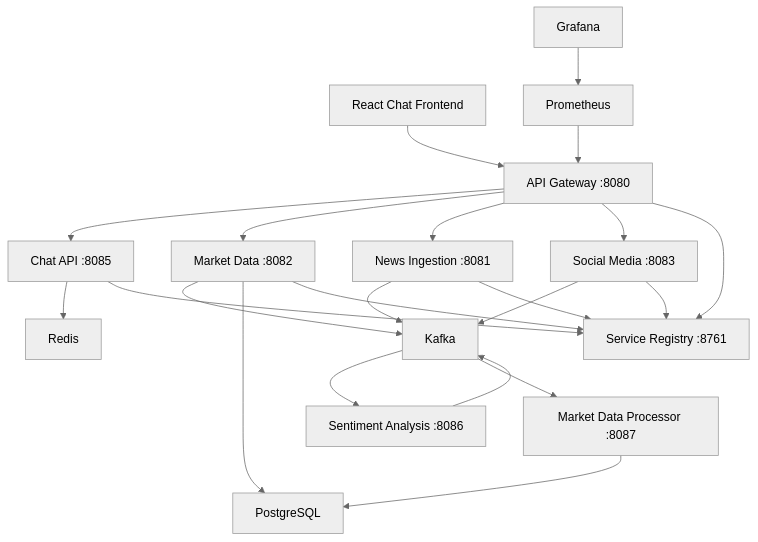
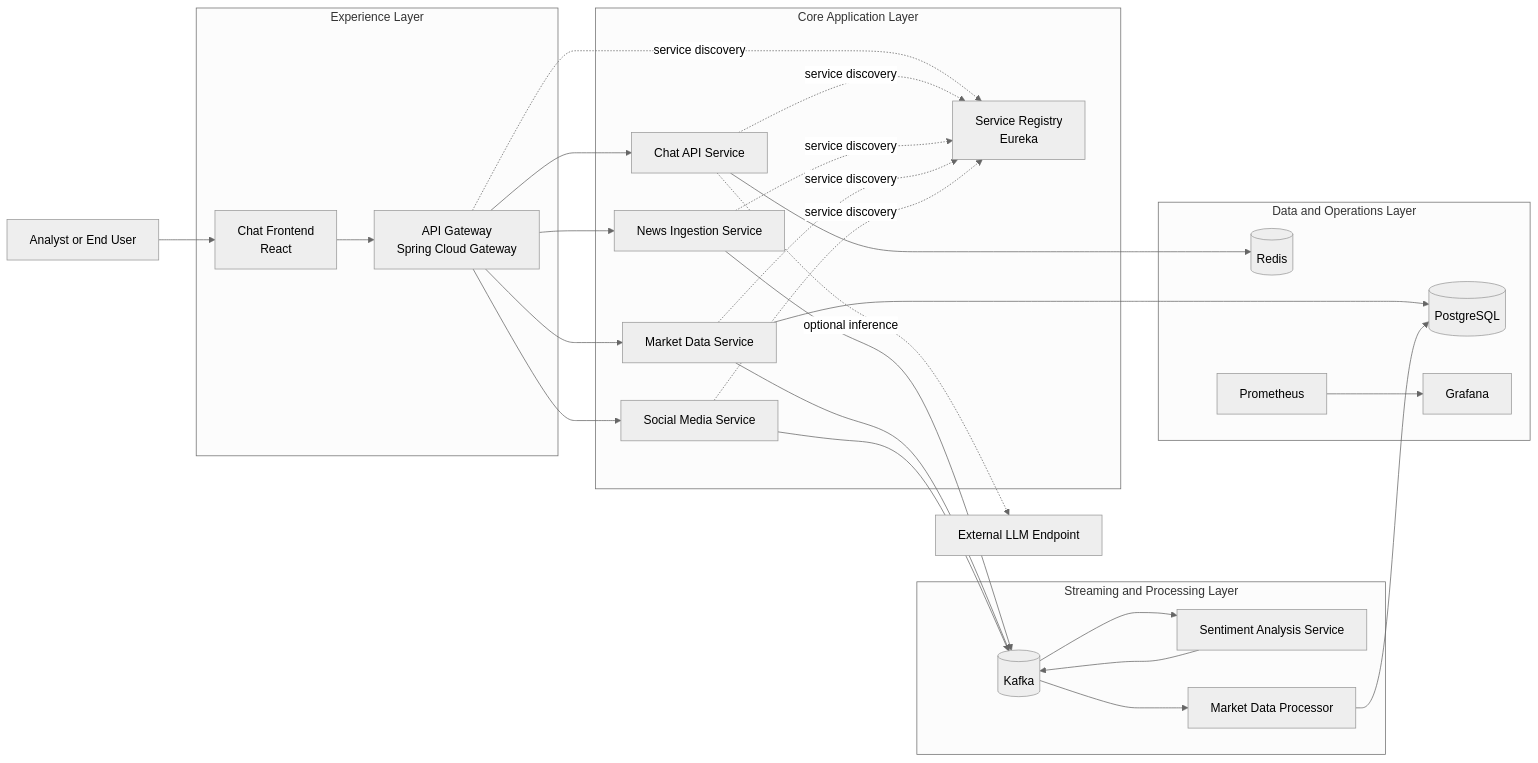
The first of 3 diagrams in docs/01-architecture-overview.md (abhijitpurru2/market-analysis), drawn with Mermaid (neutral theme) before and after one commit. The commit also changed other lines of this file and 1 other file, not shown here.

Commit message:
Add comprehensive architecture diagrams

````diff
--- a/docs/01-architecture-overview.md
+++ b/docs/01-architecture-overview.md
@@ -7,39 +7,53 @@
 ```mermaid
-graph TB
-    FE[React Chat Frontend]
-    GW[API Gateway :8080]
-    NI[News Ingestion :8081]
-    MD[Market Data :8082]
-    SM[Social Media :8083]
-    CA[Chat API :8085]
-    SA[Sentiment Analysis :8086]
-    MDP[Market Data Processor :8087]
-    SR[Service Registry :8761]
-    K[Kafka]
-    PG[PostgreSQL]
-    RD[Redis]
-    PR[Prometheus]
-    GR[Grafana]
+flowchart LR
+    USER[Analyst or End User]
+    LLM[External LLM Endpoint]
 
-    FE --> GW
+    subgraph Experience Layer
+        FE[Chat Frontend<br/>React]
+        GW[API Gateway<br/>Spring Cloud Gateway]
+    end
+
+    subgraph Core Application Layer
+        SR[Service Registry<br/>Eureka]
+        CA[Chat API Service]
+        NI[News Ingestion Service]
+        MD[Market Data Service]
+        SM[Social Media Service]
+    end
+
+    subgraph Streaming and Processing Layer
+        K[(Kafka)]
+        SA[Sentiment Analysis Service]
+        MDP[Market Data Processor]
+    end
+
+    subgraph Data and Operations Layer
+        PG[(PostgreSQL)]
+        RD[(Redis)]
+        PR[Prometheus]
+        GR[Grafana]
+    end
+
+    USER --> FE --> GW
     GW --> CA
+    GW --> NI
     GW --> MD
-    GW --> NI
     GW --> SM
+    GW -. service discovery .-> SR
+    CA -. service discovery .-> SR
+    NI -. service discovery .-> SR
+    MD -. service discovery .-> SR
+    SM -. service discovery .-> SR
+    CA -. optional inference .-> LLM
     NI --> K
     MD --> K
     SM --> K
     K --> SA
+    SA --> K
     K --> MDP
-    SA --> K
+    MD --> PG
     MDP --> PG
-    MD --> PG
     CA --> RD
-    PR --> GW
-    GR --> PR
-    GW --> SR
-    NI --> SR
-    MD --> SR
-    SM --> SR
-    CA --> SR
+    PR --> GR
 ```
````
